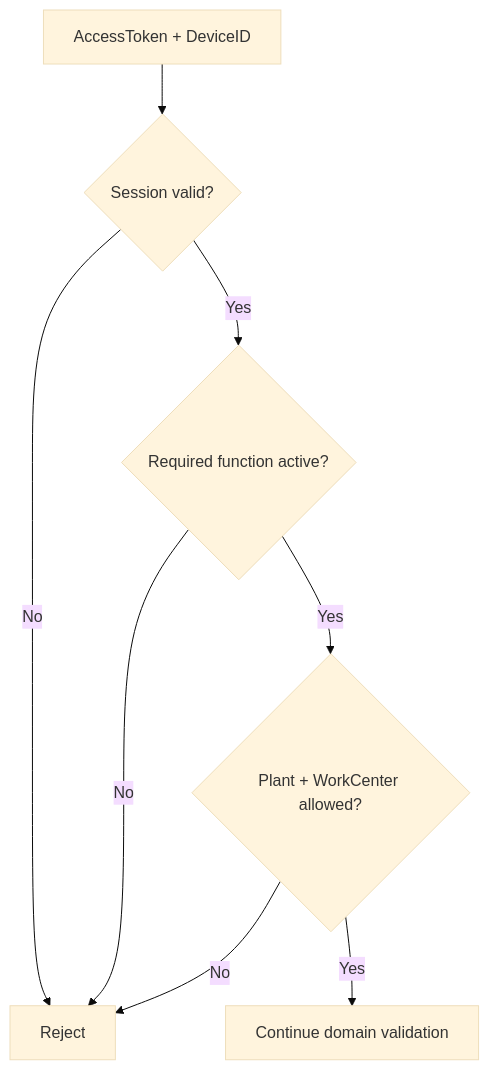
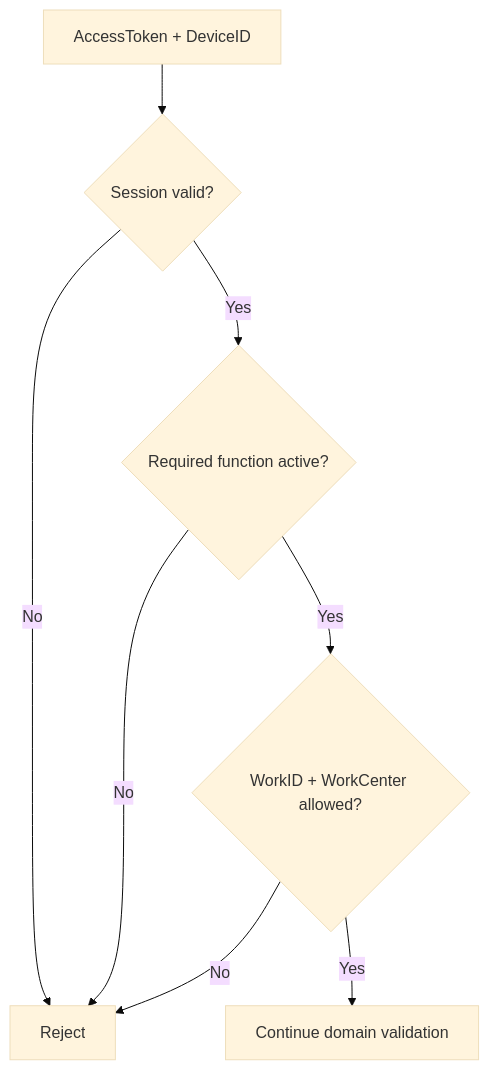
Before and after one commit to nguyenduckhiem1002-dot/abap_casla_app_mobile: the third of 7 diagrams in docs/TECHNICAL_DOCUMENTATION.md, drawn with Mermaid (base theme). The commit also changed other lines of this file and 18 other files, not shown here.

````diff
--- a/docs/TECHNICAL_DOCUMENTATION.md
+++ b/docs/TECHNICAL_DOCUMENTATION.md
@@ -201,10 +202,10 @@
 ```mermaid
 flowchart TD
     A["AccessToken + DeviceID"] --> B{"Session valid?"}
     B -->|No| X["Reject"]
     B -->|Yes| C{"Required function active?"}
     C -->|No| X
-    C -->|Yes| D{"Plant + WorkCenter allowed?"}
+    C -->|Yes| D{"WorkID + WorkCenter allowed?"}
     D -->|No| X
     D -->|Yes| E["Continue domain validation"]
 ```
````
